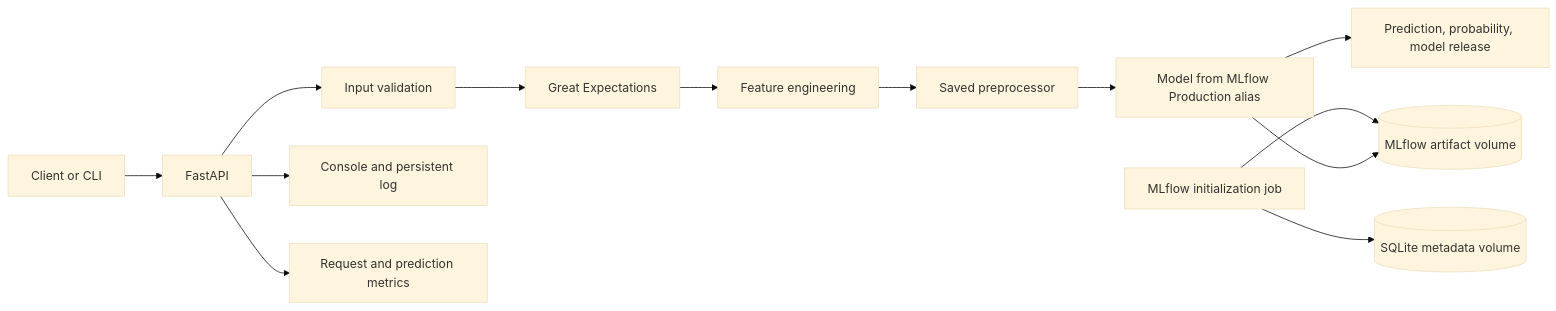
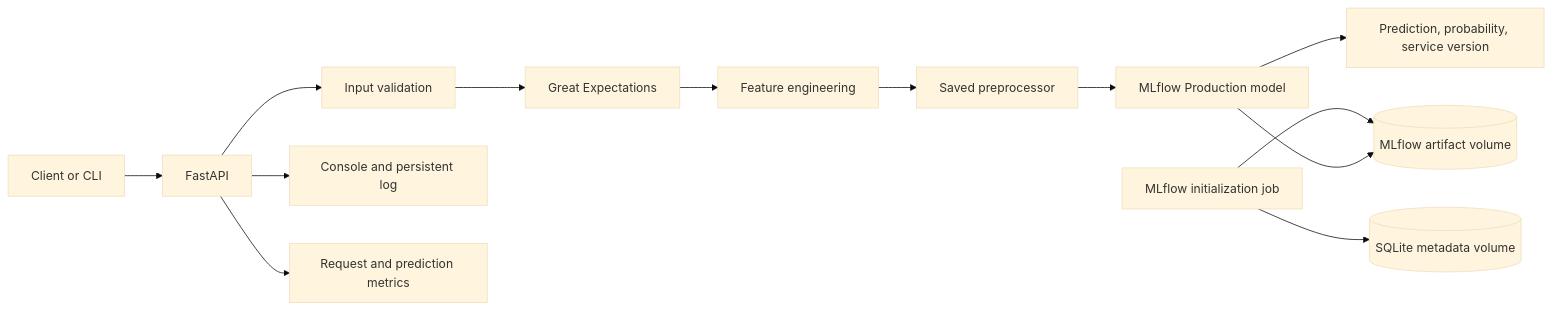
One commit to mmaali/olist-late-delivery-mlops-task3 changed the diagram in docs/Task3_Report.md. Above: the diagram before and after it, drawn with Mermaid (base theme). The commit also changed other lines of this file and 2 other files, not shown here.

````diff
--- a/docs/Task3_Report.md
+++ b/docs/Task3_Report.md
@@ -19,15 +13,15 @@
 ```mermaid
 flowchart LR
     C[Client or CLI] --> API[FastAPI]
     API --> V[Input validation]
     V --> GE[Great Expectations]
     GE --> F[Feature engineering]
     F --> P[Saved preprocessor]
-    P --> M[Model from MLflow Production alias]
-    M --> R[Prediction, probability, model release]
+    P --> M[MLflow Production model]
+    M --> R[Prediction, probability, service version]
     API --> L[Console and persistent log]
     API --> MET[Request and prediction metrics]
     INIT[MLflow initialization job] --> DB[(SQLite metadata volume)]
     INIT --> ART[(MLflow artifact volume)]
     M --> ART
 ```
````
